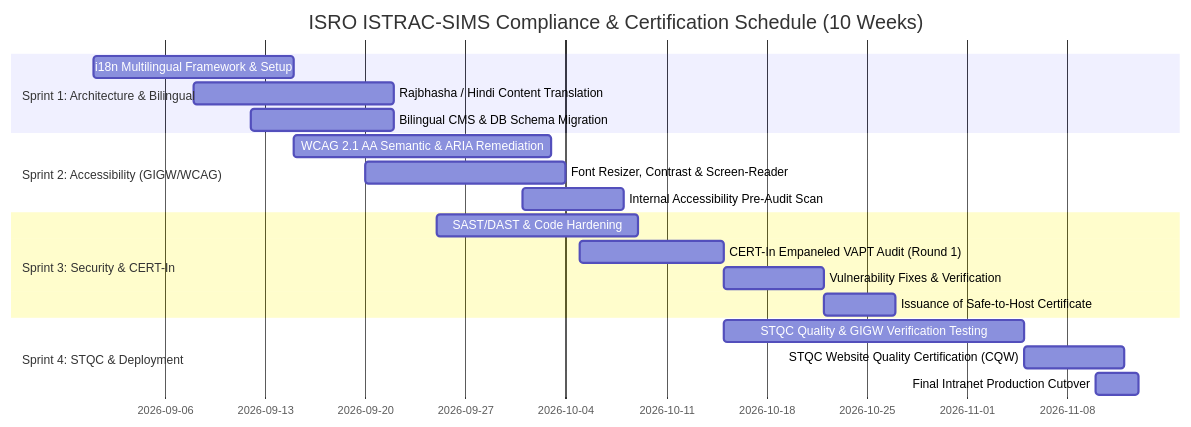
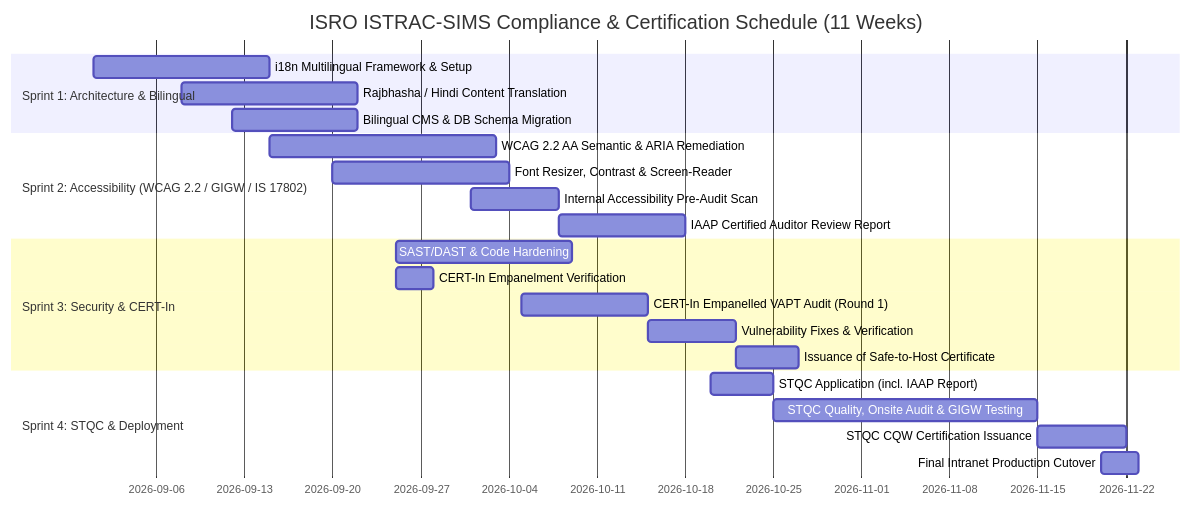
One commit to akash-vishwakarma-akashaveda/istrac-fms changed the fifth of 5 diagrams in documents/ISRO_ISTRAC_COMPLIANCE_EVALUATION_REPORT.md. Above: the diagram before and after it, drawn with Mermaid. The commit also changed other lines of this file and 15 other files, not shown here.

````diff
--- a/documents/ISRO_ISTRAC_COMPLIANCE_EVALUATION_REPORT.md
+++ b/documents/ISRO_ISTRAC_COMPLIANCE_EVALUATION_REPORT.md
@@ -186,22 +221,25 @@
 ```mermaid
 gantt
-    title ISRO ISTRAC-SIMS Compliance & Certification Schedule (10 Weeks)
+    title ISRO ISTRAC-SIMS Compliance & Certification Schedule (11 Weeks)
     dateFormat  YYYY-MM-DD
     section Sprint 1: Architecture & Bilingual
     i18n Multilingual Framework & Setup       :a1, 2026-09-01, 14d
     Rajbhasha / Hindi Content Translation     :a2, 2026-09-08, 14d
     Bilingual CMS & DB Schema Migration       :a3, 2026-09-12, 10d
-    section Sprint 2: Accessibility (GIGW/WCAG)
-    WCAG 2.1 AA Semantic & ARIA Remediation   :b1, 2026-09-15, 18d
+    section Sprint 2: Accessibility (WCAG 2.2 / GIGW / IS 17802)
+    WCAG 2.2 AA Semantic & ARIA Remediation   :b1, 2026-09-15, 18d
     Font Resizer, Contrast & Screen-Reader    :b2, 2026-09-20, 14d
     Internal Accessibility Pre-Audit Scan     :b3, 2026-10-01, 7d
+    IAAP Certified Auditor Review Report      :b4, 2026-10-08, 10d
     section Sprint 3: Security & CERT-In
     SAST/DAST & Code Hardening               :c1, 2026-09-25, 14d
-    CERT-In Empaneled VAPT Audit (Round 1)   :c2, 2026-10-05, 10d
+    CERT-In Empanelment Verification          :c1a, 2026-09-25, 3d
+    CERT-In Empanelled VAPT Audit (Round 1)   :c2, 2026-10-05, 10d
     Vulnerability Fixes & Verification       :c3, 2026-10-15, 7d
     Issuance of Safe-to-Host Certificate     :c4, 2026-10-22, 5d
     section Sprint 4: STQC & Deployment
-    STQC Quality & GIGW Verification Testing :d1, 2026-10-15, 21d
-    STQC Website Quality Certification (CQW) :d2, 2026-11-05, 7d
-    Final Intranet Production Cutover         :d3, 2026-11-10, 3d
+    STQC Application (incl. IAAP Report)      :d1, 2026-10-20, 5d
+    STQC Quality, Onsite Audit & GIGW Testing :d2, 2026-10-25, 21d
+    STQC CQW Certification Issuance           :d3, 2026-11-15, 7d
+    Final Intranet Production Cutover         :d4, 2026-11-20, 3d
 ```
````
